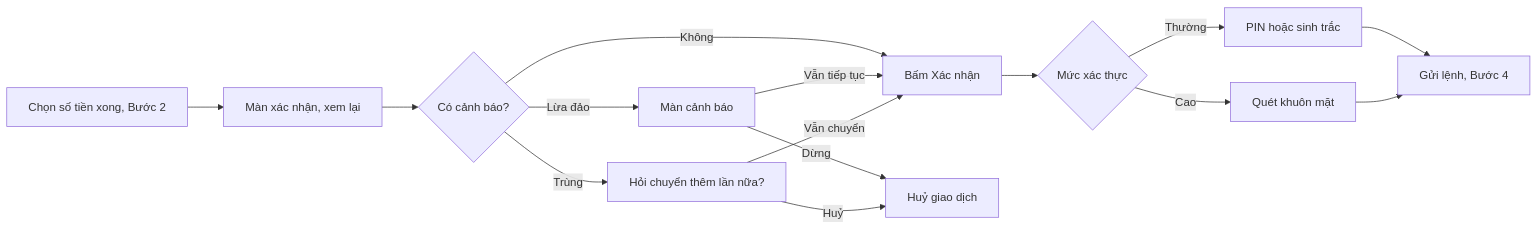
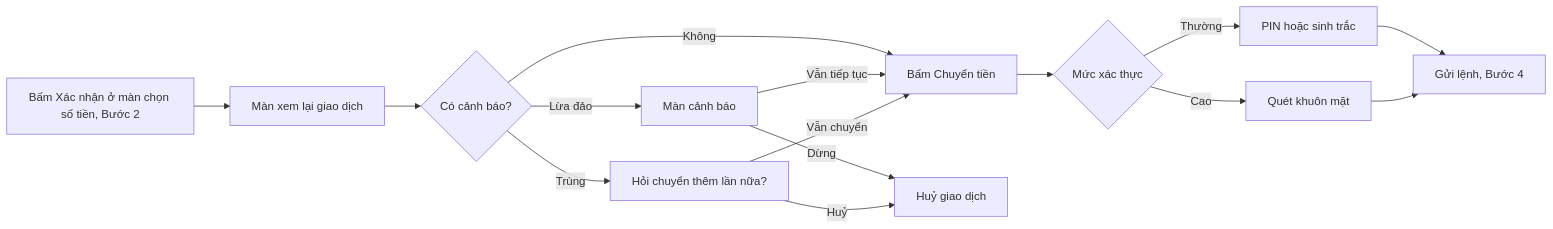
One commit to uxfoundation-vn/de04-chuyen-khoan-qr changed the fourth of 5 diagrams in docs/PRD.md. Above: the diagram before and after it, drawn with Mermaid. The commit also changed other lines of this file and 2 other files, not shown here.

First line of the commit message:
Đề 4: bấm Xác nhận ở màn chọn số tiền rồi mới xem lại giao dịch

````diff
--- a/docs/PRD.md
+++ b/docs/PRD.md
@@ -271,17 +271,17 @@
 ```mermaid
 flowchart LR
-  A["Chọn số tiền xong, Bước 2"] --> B["Màn xác nhận, xem lại"]
+  A["Bấm Xác nhận ở màn chọn số tiền, Bước 2"] --> B["Màn xem lại giao dịch"]
   B --> C{"Có cảnh báo?"}
   C -->|Lừa đảo| D["Màn cảnh báo"]
   C -->|Trùng| E["Hỏi chuyển thêm lần nữa?"]
-  C -->|Không| F["Bấm Xác nhận"]
+  C -->|Không| F["Bấm Chuyển tiền"]
   D -->|Dừng| X["Huỷ giao dịch"]
   D -->|Vẫn tiếp tục| F
   E -->|Vẫn chuyển| F
   E -->|Huỷ| X
   F --> G{"Mức xác thực"}
   G -->|Thường| H["PIN hoặc sinh trắc"]
   G -->|Cao| I["Quét khuôn mặt"]
   H --> J["Gửi lệnh, Bước 4"]
   I --> J
 ```
````
